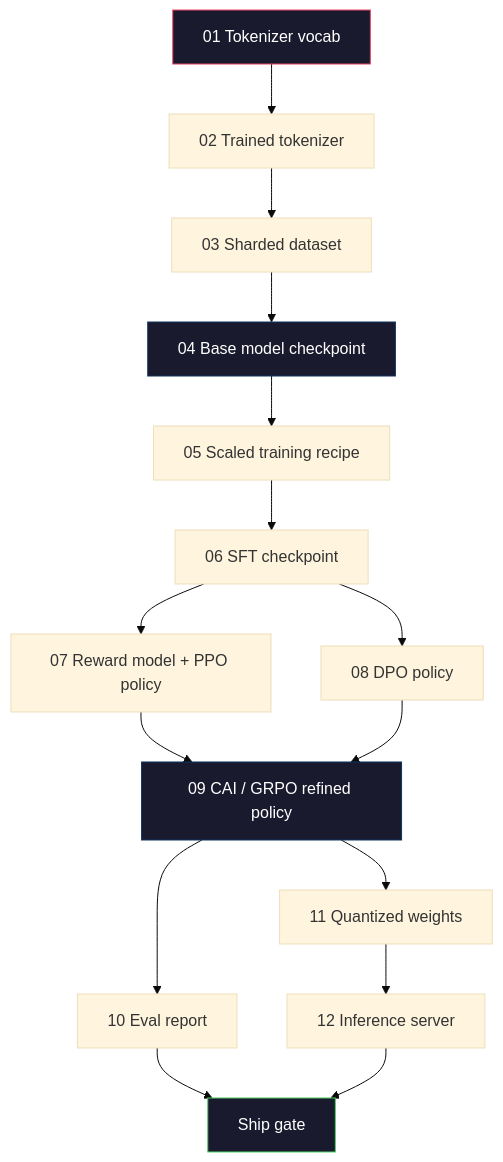
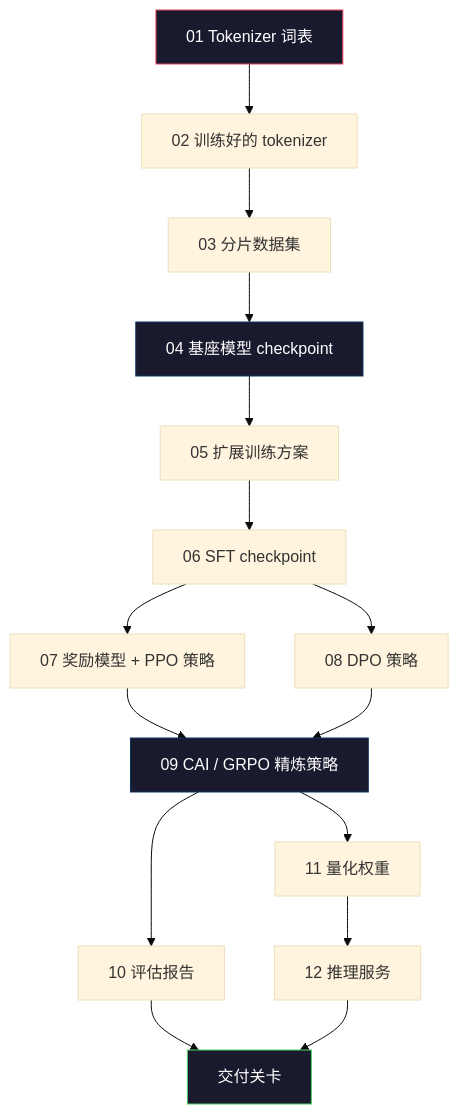
The first of 2 diagrams in phases/10-llms-from-scratch/13-building-complete-llm-pipeline/docs/zh.md (alessandrodinisio-ai/ai-engineering-learning-framework), drawn with Mermaid (base theme) before and after one commit. The commit also changed other lines of this file and 120 other files, not shown here.

First line of the commit message:
i18n(mermaid): 337 个 mermaid 图表标签中文化

````diff
--- a/phases/10-llms-from-scratch/13-building-complete-llm-pipeline/docs/zh.md
+++ b/phases/10-llms-from-scratch/13-building-complete-llm-pipeline/docs/zh.md
@@ -33,22 +33,22 @@
 ```mermaid
 graph TD
-    S1["01 Tokenizer vocab"] --> S2["02 Trained tokenizer"]
-    S2 --> S3["03 Sharded dataset"]
-    S3 --> S4["04 Base model checkpoint"]
-    S4 --> S5["05 Scaled training recipe"]
+    S1["01 Tokenizer 词表"] --> S2["02 训练好的 tokenizer"]
+    S2 --> S3["03 分片数据集"]
+    S3 --> S4["04 基座模型 checkpoint"]
+    S4 --> S5["05 扩展训练方案"]
     S5 --> S6["06 SFT checkpoint"]
-    S6 --> S7["07 Reward model + PPO policy"]
-    S6 --> S8["08 DPO policy"]
-    S7 --> S9["09 CAI / GRPO refined policy"]
+    S6 --> S7["07 奖励模型 + PPO 策略"]
+    S6 --> S8["08 DPO 策略"]
+    S7 --> S9["09 CAI / GRPO 精炼策略"]
     S8 --> S9
-    S9 --> S10["10 Eval report"]
-    S9 --> S11["11 Quantized weights"]
-    S11 --> S12["12 Inference server"]
-    S10 --> GATE["Ship gate"]
+    S9 --> S10["10 评估报告"]
+    S9 --> S11["11 量化权重"]
+    S11 --> S12["12 推理服务"]
+    S10 --> GATE["交付关卡"]
     S12 --> GATE
 
     style S1 fill:#1a1a2e,stroke:#e94560,color:#fff
     style S4 fill:#1a1a2e,stroke:#0f3460,color:#fff
     style S9 fill:#1a1a2e,stroke:#0f3460,color:#fff
     style GATE fill:#1a1a2e,stroke:#51cf66,color:#fff
 ```
````
